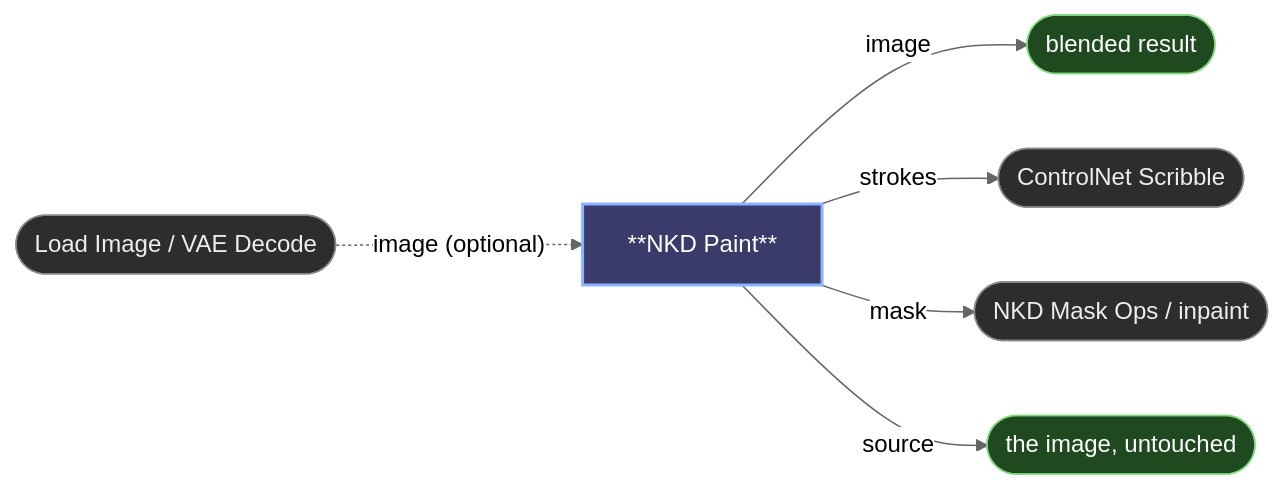
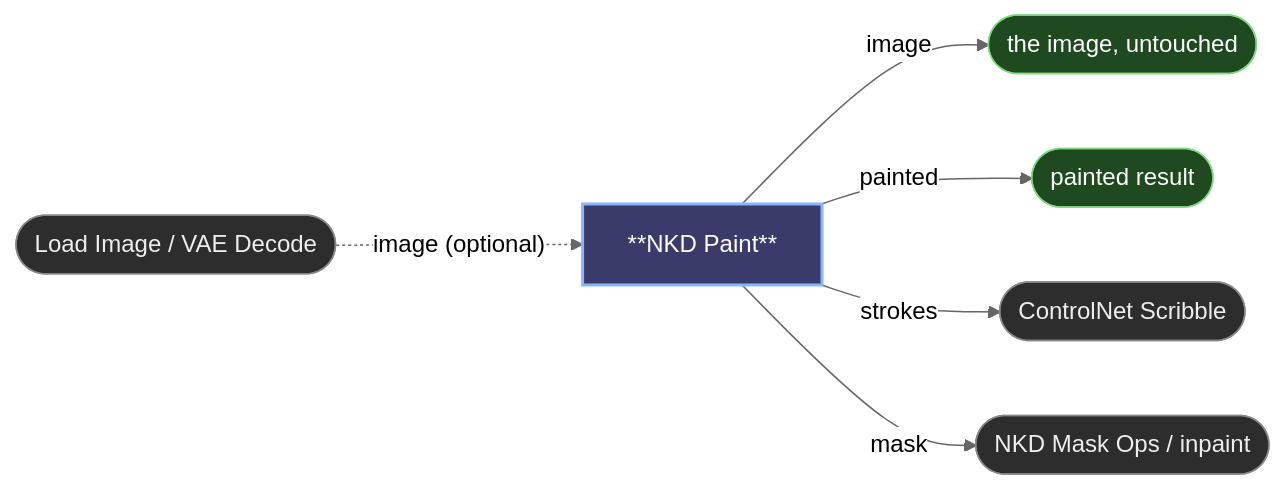
The diagram in docs/paint.md (Nekodificador/ComfyUI-NKD-Basic-Tools), drawn with Mermaid (neutral theme) before and after one commit. The commit also changed other lines of this file and 3 other files, not shown here.

Commit message:
feat!: Paint outputs reordered to image, painted, strokes, mask

````diff
--- a/docs/paint.md
+++ b/docs/paint.md
@@ -10,13 +10,13 @@
 ```mermaid
 flowchart LR
     LI(["Load Image / VAE Decode"]):::input -. "image (optional)" .-> PAINT
-    PAINT["**NKD Paint**"]:::nkd -- image --> BLEND(["blended result"]):::output
+    PAINT["**NKD Paint**"]:::nkd -- image --> SRC(["the image, untouched"]):::output
+    PAINT -- painted --> BLEND(["painted result"]):::output
     PAINT -- strokes --> CN(["ControlNet Scribble"]):::external
     PAINT -- mask --> MO(["NKD Mask Ops / inpaint"]):::external
-    PAINT -- source --> SRC(["the image, untouched"]):::output
 
     classDef nkd fill:#3b3b6b,stroke:#8ab4ff,stroke-width:2px,color:#fff
     classDef input fill:#2d2d2d,stroke:#888,color:#eee
     classDef external fill:#2d2d2d,stroke:#888,color:#eee
     classDef output fill:#1f4a1f,stroke:#7fd97f,color:#fff
 ```
````
